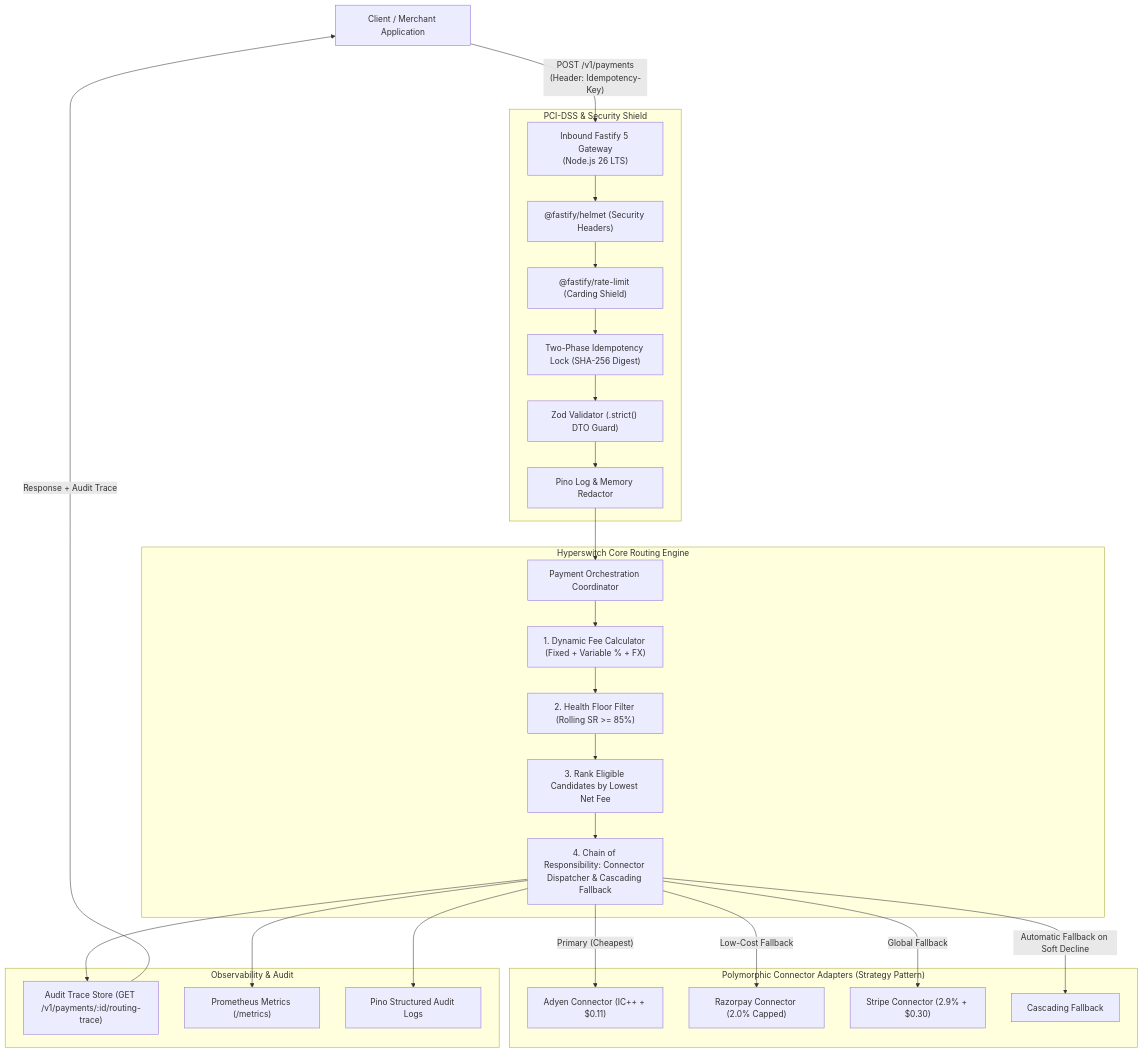
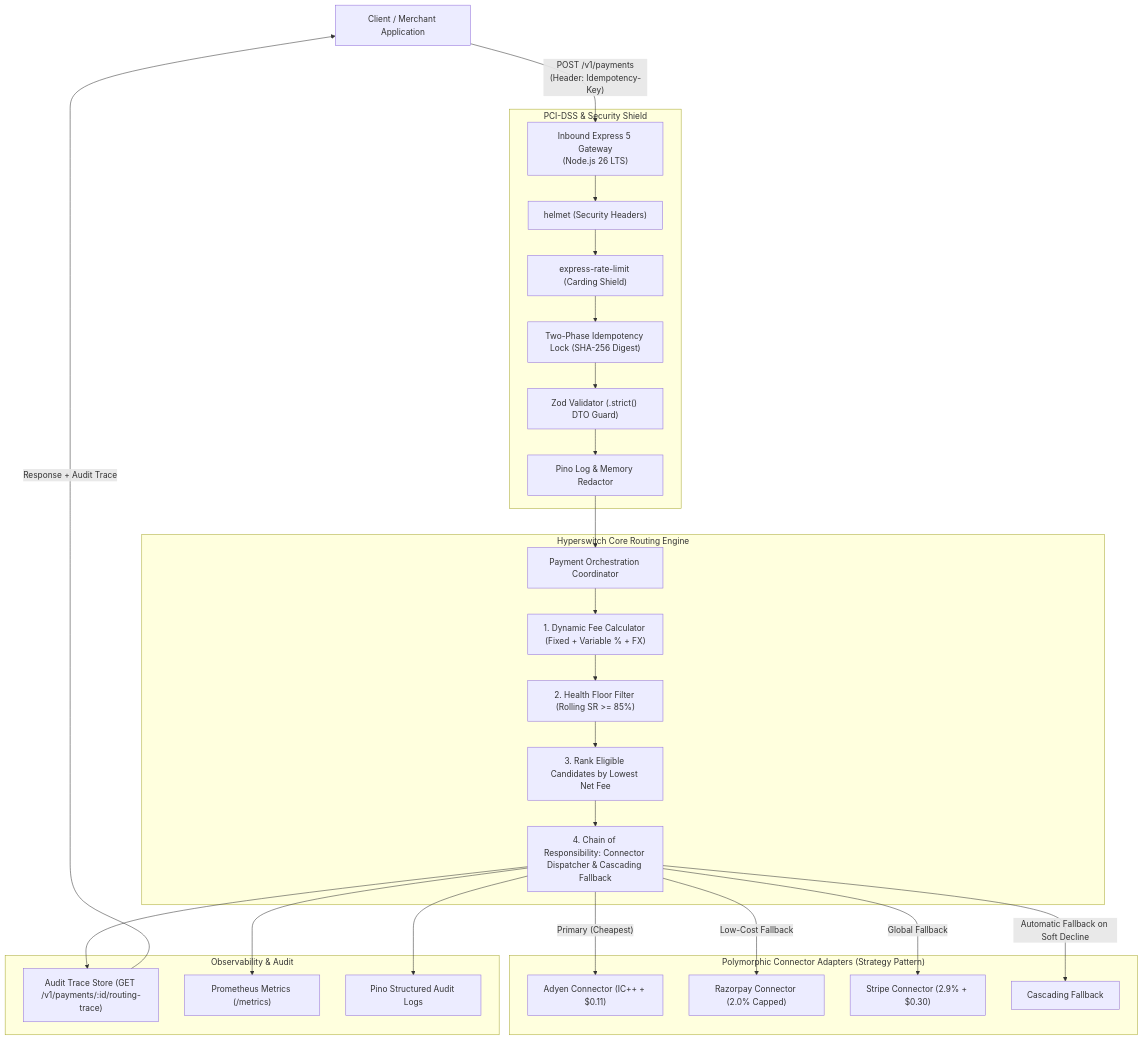
Before and after one commit to coder0011/payment-orchestrator: the diagram in README.md, drawn with Mermaid. The commit also changed other lines of this file and 24 other files, not shown here.

````diff
--- a/README.md
+++ b/README.md
@@ -79,35 +79,35 @@
 ```mermaid
 flowchart TD
-    Client["Client / Merchant Application"] -->|"POST /v1/payments\n(Header: Idempotency-Key)"| FastifyGateway["Inbound Fastify 5 Gateway\n(Node.js 26 LTS)"]
+    Client["Client / Merchant Application"] -->|"POST /v1/payments\n(Header: Idempotency-Key)"| ExpressGateway["Inbound Express 5 Gateway\n(Node.js 26 LTS)"]
 
     subgraph SecurityGate ["PCI-DSS & Security Shield"]
-        FastifyGateway --> Helmet["@fastify/helmet (Security Headers)"]
-        Helmet --> RateLimit["@fastify/rate-limit (Carding Shield)"]
+        ExpressGateway --> Helmet["helmet (Security Headers)"]
+        Helmet --> RateLimit["express-rate-limit (Carding Shield)"]
         RateLimit --> IdempotencyGuard["Two-Phase Idempotency Lock (SHA-256 Digest)"]
         IdempotencyGuard --> ZodGuard["Zod Validator (.strict() DTO Guard)"]
         ZodGuard --> PIIRedactor["Pino Log & Memory Redactor"]
     end
 
     subgraph CoreOrchestrator ["Hyperswitch Core Routing Engine"]
         PIIRedactor --> OrchestratorService["Payment Orchestration Coordinator"]
         OrchestratorService --> CostCalculator["1. Dynamic Fee Calculator (Fixed + Variable % + FX)"]
         CostCalculator --> HealthFilter["2. Health Floor Filter (Rolling SR >= 85%)"]
         HealthFilter --> CandidateRanker["3. Rank Eligible Candidates by Lowest Net Fee"]
         CandidateRanker --> CascadeExecutor["4. Chain of Responsibility: Connector Dispatcher & Cascading Fallback"]
     end
 
     subgraph OutboundConnectors ["Polymorphic Connector Adapters (Strategy Pattern)"]
         CascadeExecutor -->|"Primary (Cheapest)"| Adyen["Adyen Connector (IC++ + $0.11)"]
         CascadeExecutor -->|"Low-Cost Fallback"| Razorpay["Razorpay Connector (2.0% Capped)"]
         CascadeExecutor -->|"Global Fallback"| Stripe["Stripe Connector (2.9% + $0.30)"]
         CascadeExecutor -->|"Automatic Fallback on Soft Decline"| FallbackHandler["Cascading Fallback"]
     end
 
     subgraph Telemetry ["Observability & Audit"]
         CascadeExecutor --> TraceStore["Audit Trace Store (GET /v1/payments/:id/routing-trace)"]
         CascadeExecutor --> Prometheus["Prometheus Metrics (/metrics)"]
         CascadeExecutor --> RedactedLogs["Pino Structured Audit Logs"]
     end
 
     TraceStore -->|"Response + Audit Trace"| Client
 ```
````
